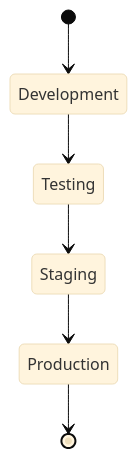
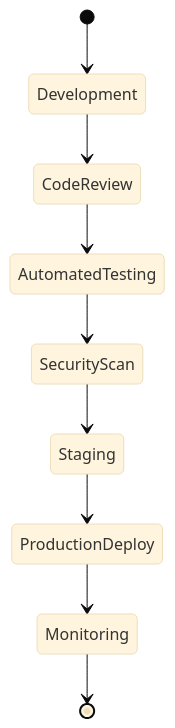
One commit to Gonna-AI/.github changed the second of 2 diagrams in profile/README.md. Above: the diagram before and after it, drawn with Mermaid (base theme). The commit also changed other lines of this file, not shown here.

````diff
--- a/profile/README.md
+++ b/profile/README.md
@@ -213,8 +318,11 @@
 ```mermaid
 stateDiagram-v2
     [*] --> Development
-    Development --> Testing
-    Testing --> Staging
-    Staging --> Production
-    Production --> [*]
+    Development --> CodeReview
+    CodeReview --> AutomatedTesting
+    AutomatedTesting --> SecurityScan
+    SecurityScan --> Staging
+    Staging --> ProductionDeploy
+    ProductionDeploy --> Monitoring
+    Monitoring --> [*]
 ```
````
